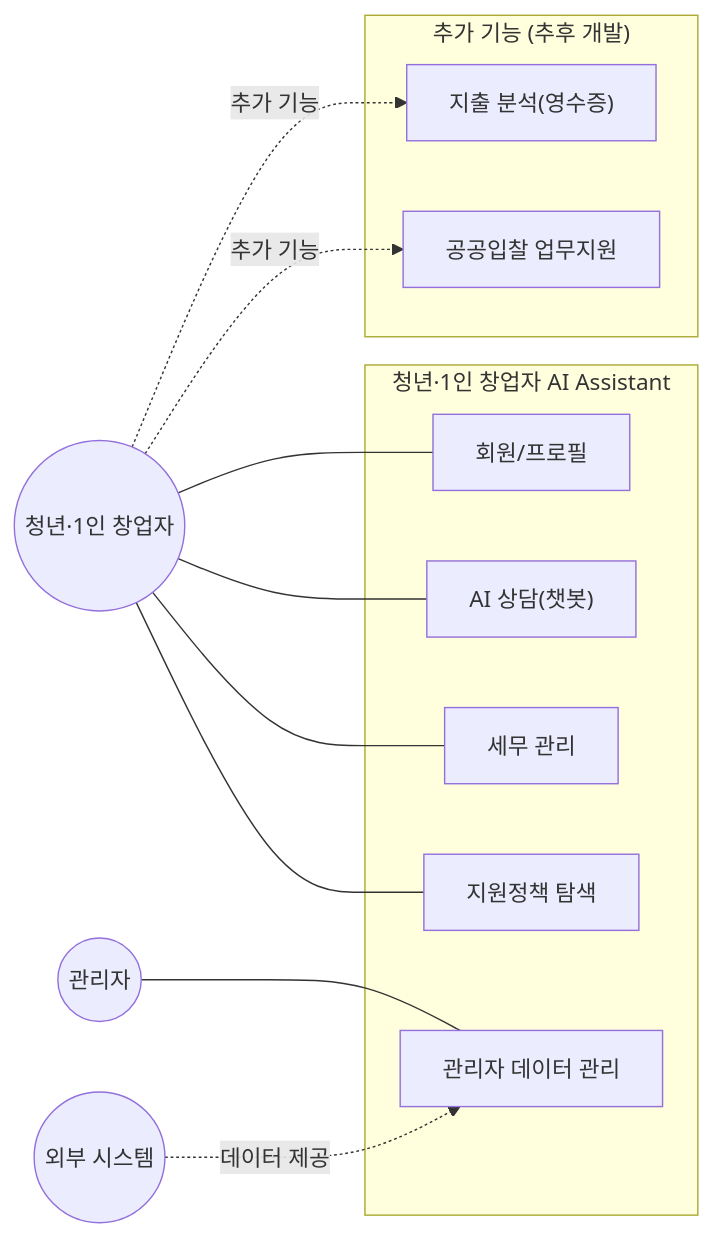
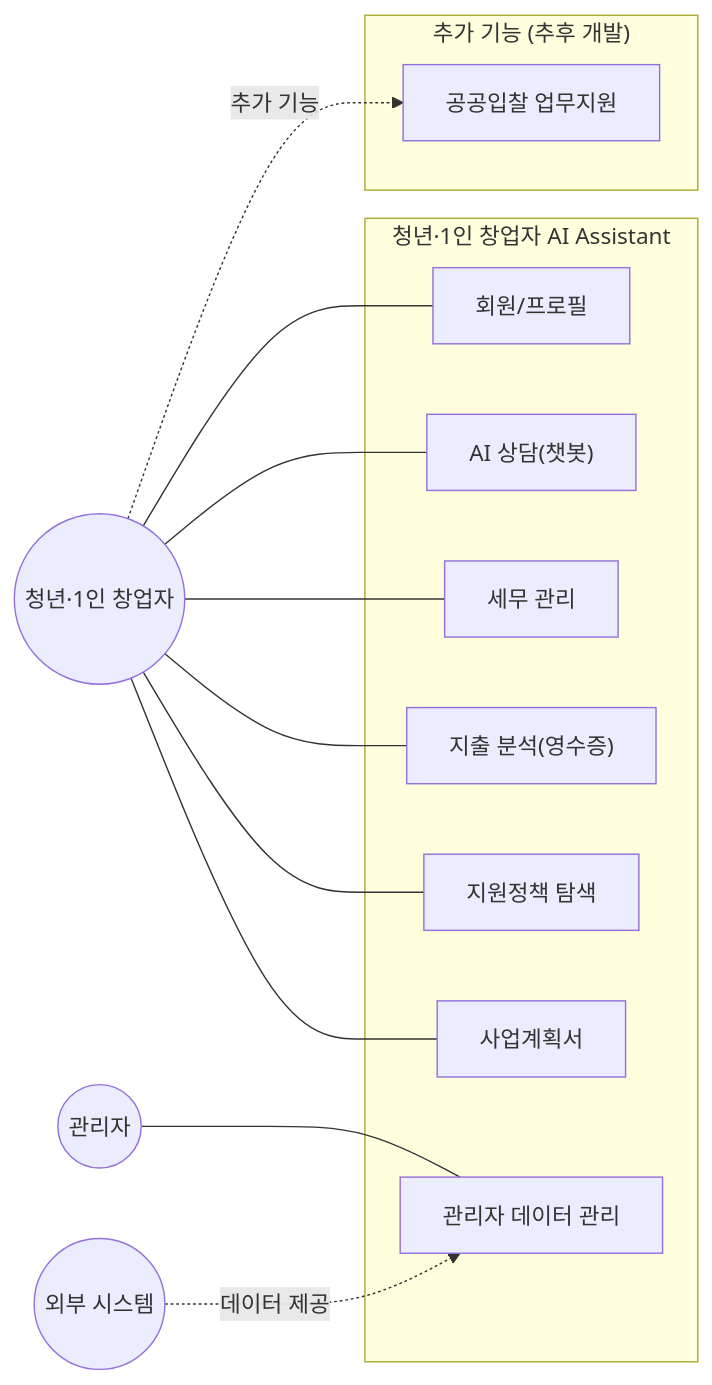
The first of 3 diagrams in Docs/Design/USECASE.md (SKNETWORKS-FAMILY-AICAMP/SKN34-4th-3Team), drawn with Mermaid before and after one commit. The commit also changed other lines of this file and 8 other files, not shown here.

````diff
--- a/Docs/Design/USECASE.md
+++ b/Docs/Design/USECASE.md
@@ -13,28 +13,30 @@
 ```mermaid
 flowchart LR
     User((청년·1인 창업자))
     Admin((관리자))
     Ext((외부 시스템))
 
     subgraph Platform["청년·1인 창업자 AI Assistant"]
         A["회원/프로필"]
         B["AI 상담(챗봇)"]
         C["세무 관리"]
+        D["지출 분석(영수증)"]
         E["지원정책 탐색"]
+        H["사업계획서"]
         F["관리자 데이터 관리"]
     end
 
     subgraph Future["추가 기능 (추후 개발)"]
-        D["지출 분석(영수증)"]
         G["공공입찰 업무지원"]
     end
 
     User --- A
     User --- B
     User --- C
+    User --- D
     User --- E
+    User --- H
     Admin --- F
     Ext -. 데이터 제공 .-> F
-    User -. 추가 기능 .-> D
     User -. 추가 기능 .-> G
 ```
````
